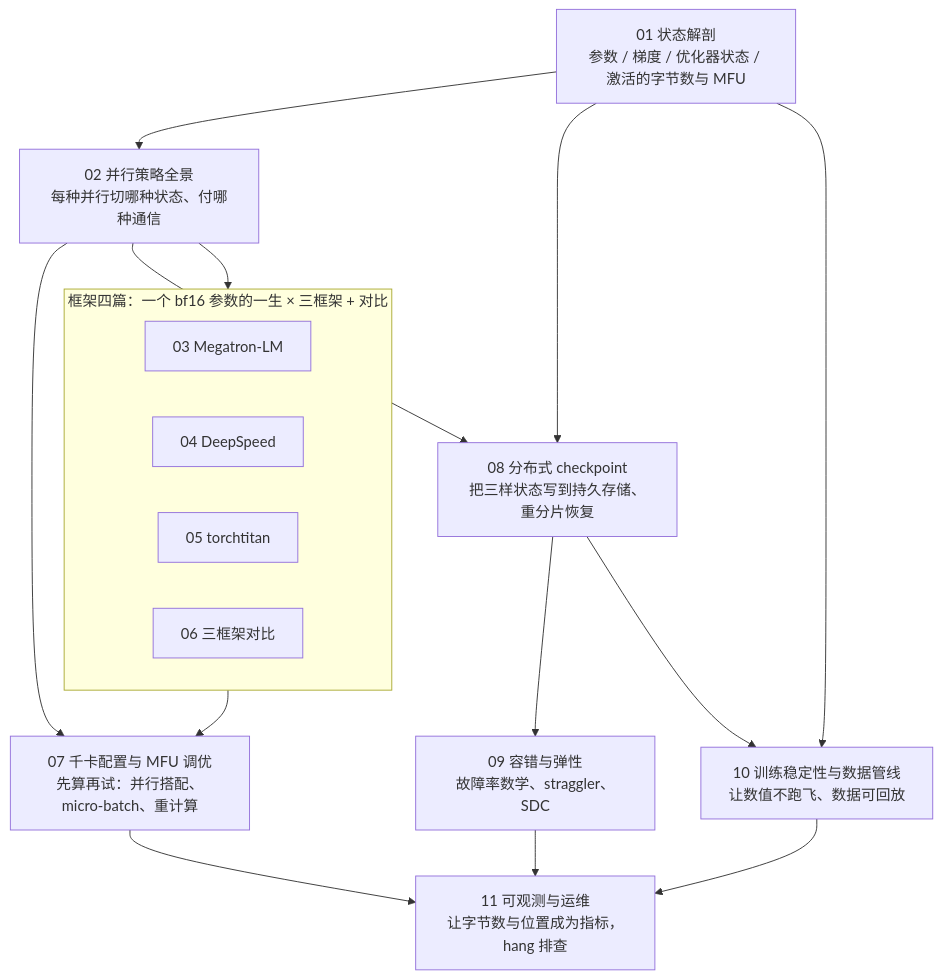
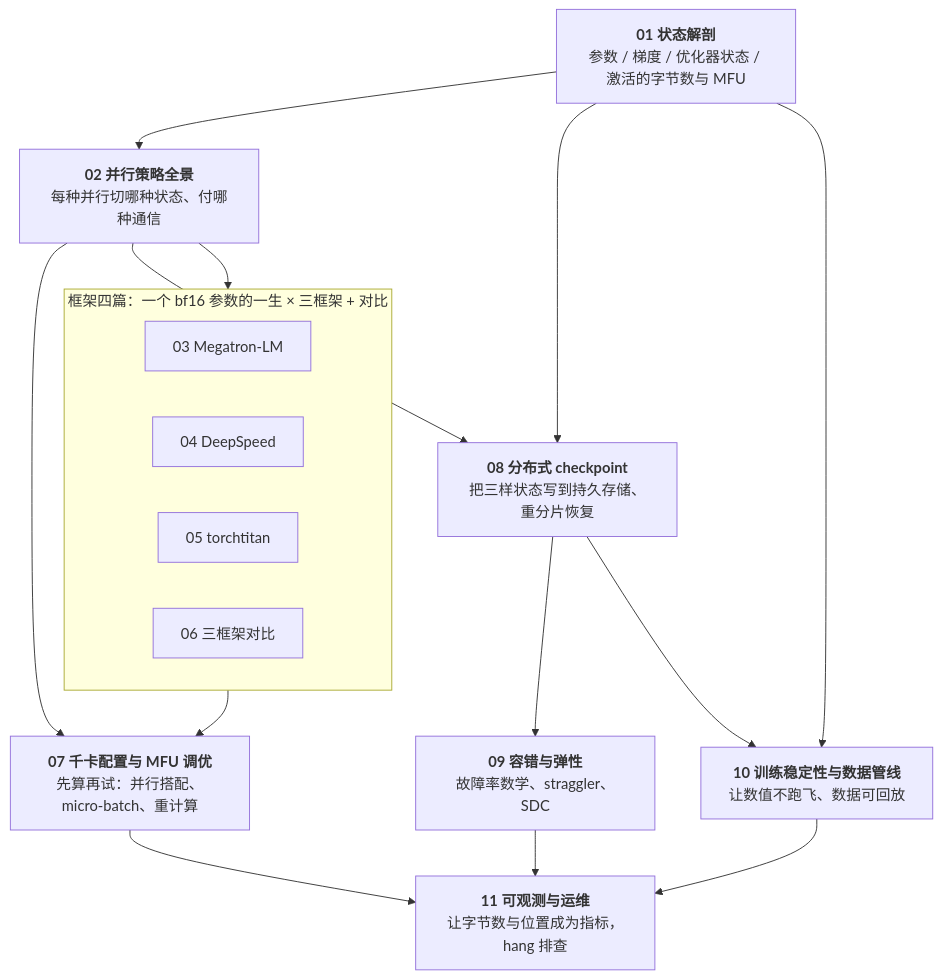
The first of 2 diagrams in _posts/2026-07-29-large-scale-training-series-recap-and-self-test.md (arganzheng/arganzheng.github.com), drawn with Mermaid before and after one commit. The commit also changed 8 other files, not shown here.

First line of the commit message:
大规模训练工程：从并行策略到容错恢复：Mermaid 多行方框的首行标为标题（9 篇）

````diff
--- a/_posts/2026-07-29-large-scale-training-series-recap-and-self-test.md
+++ b/_posts/2026-07-29-large-scale-training-series-recap-and-self-test.md
@@ -19,20 +19,20 @@
 ```mermaid
 %%{init: {"flowchart": {"wrappingWidth": 200}}}%%
 %% 图：大规模训练全景：围绕四种状态组织——算账、切分、落盘、重建、稳数值、看指标
 flowchart TB
-    L1["01 状态解剖<br/>参数 / 梯度 / 优化器状态 / 激活的字节数与 MFU"] --> L2["02 并行策略全景<br/>每种并行切哪种状态、付哪种通信"]
+    L1["<b>01 状态解剖</b><br/>参数 / 梯度 / 优化器状态 / 激活的字节数与 MFU"] --> L2["<b>02 并行策略全景</b><br/>每种并行切哪种状态、付哪种通信"]
     L2 --> F
     subgraph F["框架四篇：一个 bf16 参数的一生 × 三框架 + 对比"]
         L3["03 Megatron-LM"]
         L4["04 DeepSpeed"]
         L5["05 torchtitan"]
         L6["06 三框架对比"]
     end
-    L2 & F --> L7["07 千卡配置与 MFU 调优<br/>先算再试：并行搭配、micro-batch、重计算"]
-    L1 & L2 --> L8["08 分布式 checkpoint<br/>把三样状态写到持久存储、重分片恢复"]
-    L8 --> L9["09 容错与弹性<br/>故障率数学、straggler、SDC"]
-    L1 --> L10["10 训练稳定性与数据管线<br/>让数值不跑飞、数据可回放"]
+    L2 & F --> L7["<b>07 千卡配置与 MFU 调优</b><br/>先算再试：并行搭配、micro-batch、重计算"]
+    L1 & L2 --> L8["<b>08 分布式 checkpoint</b><br/>把三样状态写到持久存储、重分片恢复"]
+    L8 --> L9["<b>09 容错与弹性</b><br/>故障率数学、straggler、SDC"]
+    L1 --> L10["<b>10 训练稳定性与数据管线</b><br/>让数值不跑飞、数据可回放"]
     L8 --> L10
-    L7 & L9 & L10 --> L11["11 可观测与运维<br/>让字节数与位置成为指标，hang 排查"]
+    L7 & L9 & L10 --> L11["<b>11 可观测与运维</b><br/>让字节数与位置成为指标，hang 排查"]
 
 ```
````
